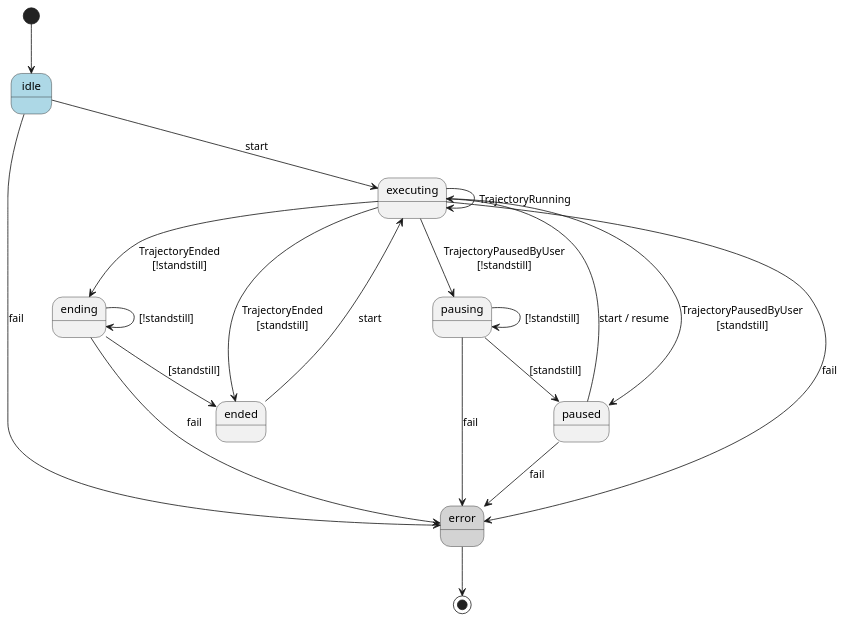
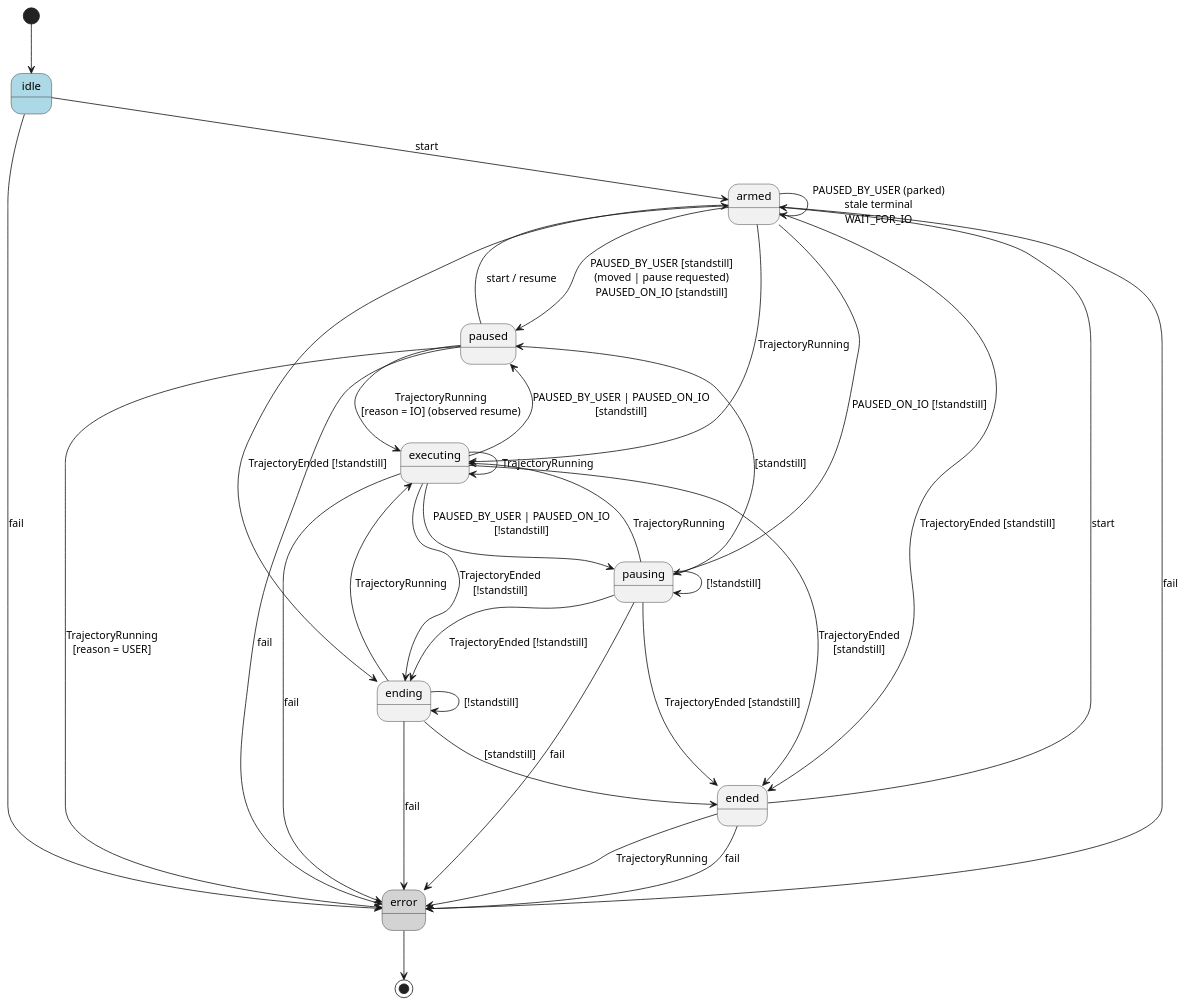
The first of 2 diagrams in nova/cell/movement_controller/README.md (wandelbotsgmbh/wandelbots-nova), drawn with PlantUML before and after one commit. The commit also changed other lines of this file and 12 other files, not shown here.

````diff
--- a/nova/cell/movement_controller/README.md
+++ b/nova/cell/movement_controller/README.md
@@ -84,38 +139,55 @@
 ```plantuml
 @startuml TrajectoryExecutionMachine
 skinparam state {
     BackgroundColor<<initial>> LightBlue
     BackgroundColor<<final>> LightGray
 }
 
 [*] --> idle
 
 state idle <<initial>>
 state error <<final>>
 
-idle --> executing : start
-paused --> executing : start / resume
-ended --> executing : start
+idle --> armed : start
+paused --> armed : start / resume
+ended --> armed : start
+
+armed --> armed : PAUSED_BY_USER (parked)\nstale terminal\nWAIT_FOR_IO
+armed --> executing : TrajectoryRunning
+armed --> paused : PAUSED_BY_USER [standstill]\n(moved | pause requested)\nPAUSED_ON_IO [standstill]
+armed --> pausing : PAUSED_ON_IO [!standstill]
+armed --> ended : TrajectoryEnded [standstill]
+armed --> ending : TrajectoryEnded [!standstill]
 
 executing --> executing : TrajectoryRunning
 executing --> ended : TrajectoryEnded\n[standstill]
 executing --> ending : TrajectoryEnded\n[!standstill]
-executing --> paused : TrajectoryPausedByUser\n[standstill]
-executing --> pausing : TrajectoryPausedByUser\n[!standstill]
+executing --> paused : PAUSED_BY_USER | PAUSED_ON_IO\n[standstill]
+executing --> pausing : PAUSED_BY_USER | PAUSED_ON_IO\n[!standstill]
 
 ending --> ending : [!standstill]
 ending --> ended : [standstill]
+ending --> executing : TrajectoryRunning
 
 pausing --> pausing : [!standstill]
 pausing --> paused : [standstill]
+pausing --> executing : TrajectoryRunning
+pausing --> ended : TrajectoryEnded [standstill]
+pausing --> ending : TrajectoryEnded [!standstill]
+
+paused --> executing : TrajectoryRunning\n[reason = IO] (observed resume)
+paused --> error : TrajectoryRunning\n[reason = USER]
+ended --> error : TrajectoryRunning
 
 idle --> error : fail
+armed --> error : fail
 executing --> error : fail
 ending --> error : fail
 pausing --> error : fail
 paused --> error : fail
+ended --> error : fail
 
 error --> [*]
 
 @enduml
 ```
````
